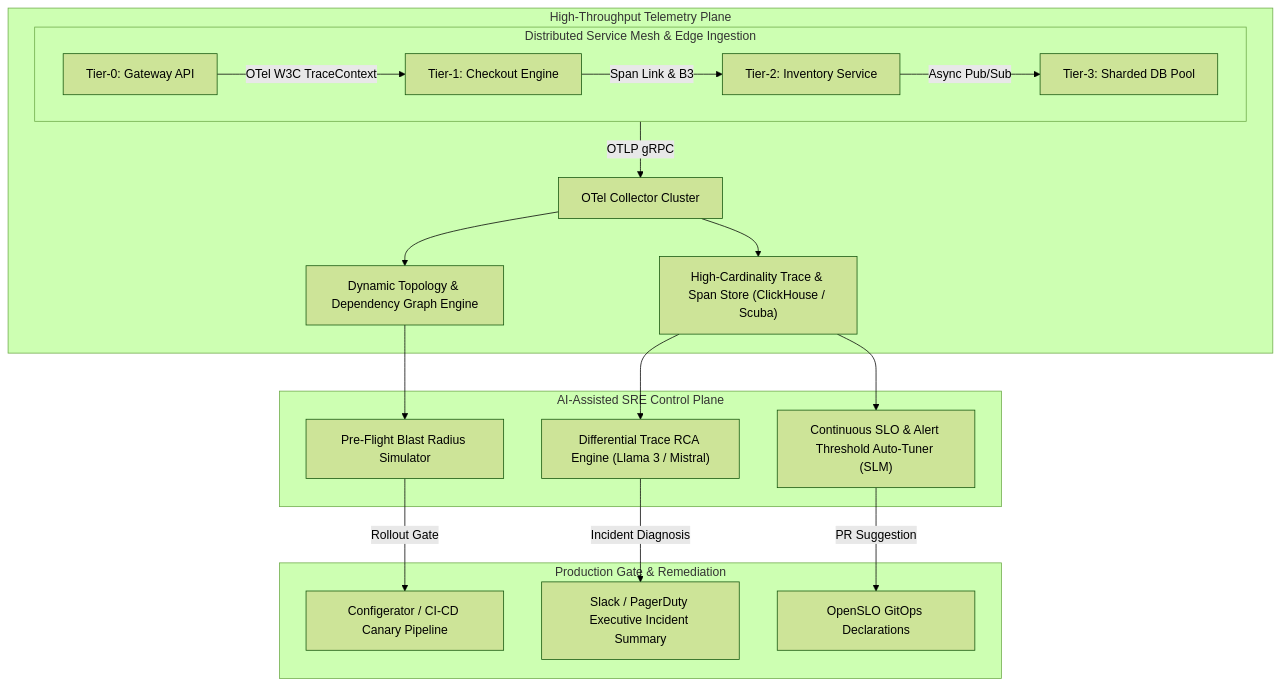
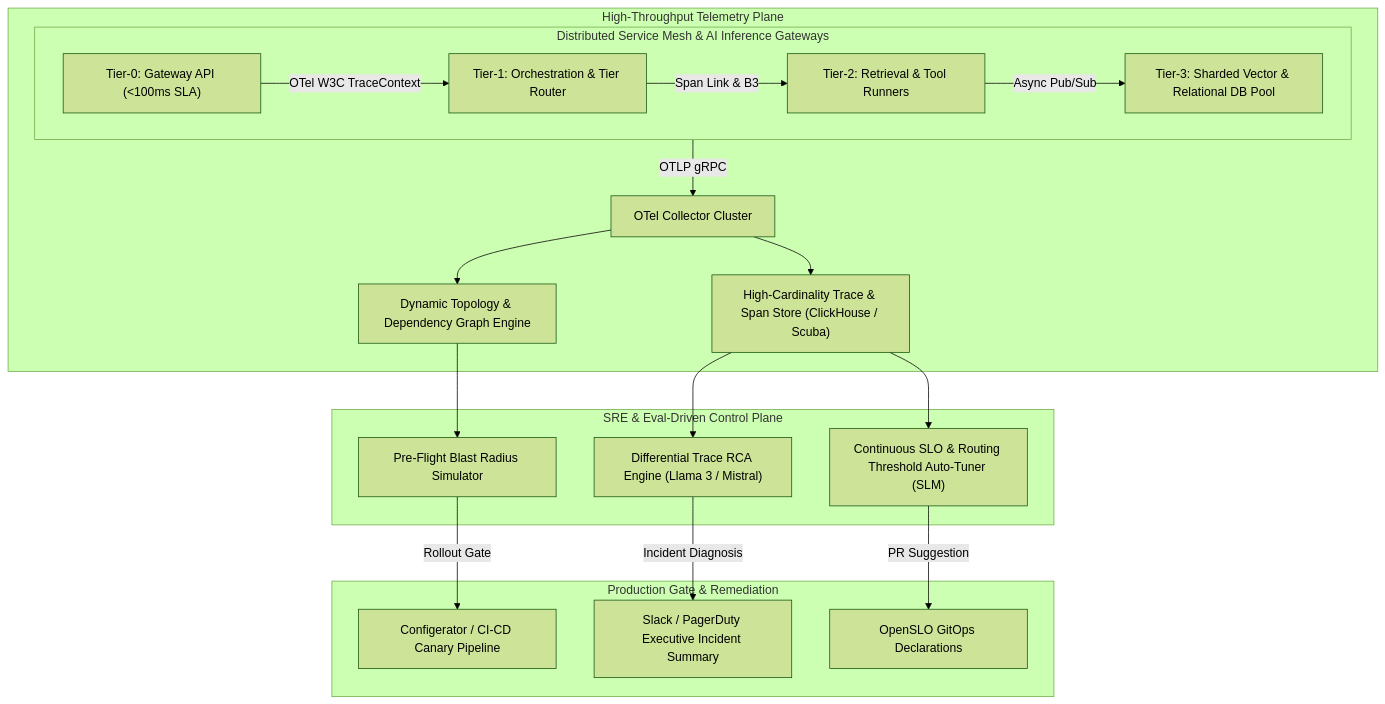
Before and after one commit to hoomanp/advanced-observability-sre: the first of 2 diagrams in README.md, drawn with Mermaid (forest theme). The commit also changed other lines of this file, not shown here.

Commit message:
docs: integrate eval-driven canary gates, agent retry blast radius, and plain executive style

````diff
--- a/README.md
+++ b/README.md
@@ -48,26 +48,26 @@
 ```mermaid
 flowchart TD
-    subgraph MicroserviceMesh["Distributed Service Mesh & Edge Ingestion"]
-        S0["Tier-0: Gateway API"] -->|OTel W3C TraceContext| S1["Tier-1: Checkout Engine"]
-        S1 -->|Span Link & B3| S2["Tier-2: Inventory Service"]
-        S2 -->|Async Pub/Sub| S3["Tier-3: Sharded DB Pool"]
+    subgraph MicroserviceMesh["Distributed Service Mesh & AI Inference Gateways"]
+        S0["Tier-0: Gateway API (<100ms SLA)"] -->|OTel W3C TraceContext| S1["Tier-1: Orchestration & Tier Router"]
+        S1 -->|Span Link & B3| S2["Tier-2: Retrieval & Tool Runners"]
+        S2 -->|Async Pub/Sub| S3["Tier-3: Sharded Vector & Relational DB Pool"]
     end
 
     subgraph TelemetryPipeline["High-Throughput Telemetry Plane"]
         MicroserviceMesh -->|OTLP gRPC| OTelCol["OTel Collector Cluster"]
         OTelCol --> TopoEngine["Dynamic Topology & Dependency Graph Engine"]
         OTelCol --> ScubaStore["High-Cardinality Trace & Span Store (ClickHouse / Scuba)"]
     end
 
-    subgraph IntelligenceEngine["AI-Assisted SRE Control Plane"]
+    subgraph IntelligenceEngine["SRE & Eval-Driven Control Plane"]
         TopoEngine --> BlastEngine["Pre-Flight Blast Radius Simulator"]
         ScubaStore --> DeltaEngine["Differential Trace RCA Engine (Llama 3 / Mistral)"]
-        ScubaStore --> SLMTuning["Continuous SLO & Alert Threshold Auto-Tuner (SLM)"]
+        ScubaStore --> SLMTuning["Continuous SLO & Routing Threshold Auto-Tuner (SLM)"]
     end
 
     subgraph GovernanceExecution["Production Gate & Remediation"]
         BlastEngine -->|Rollout Gate| ConfigPipeline["Configerator / CI-CD Canary Pipeline"]
         DeltaEngine -->|Incident Diagnosis| IncidentRoom["Slack / PagerDuty Executive Incident Summary"]
         SLMTuning -->|PR Suggestion| OpenSLORepo["OpenSLO GitOps Declarations"]
     end
 ```
````
